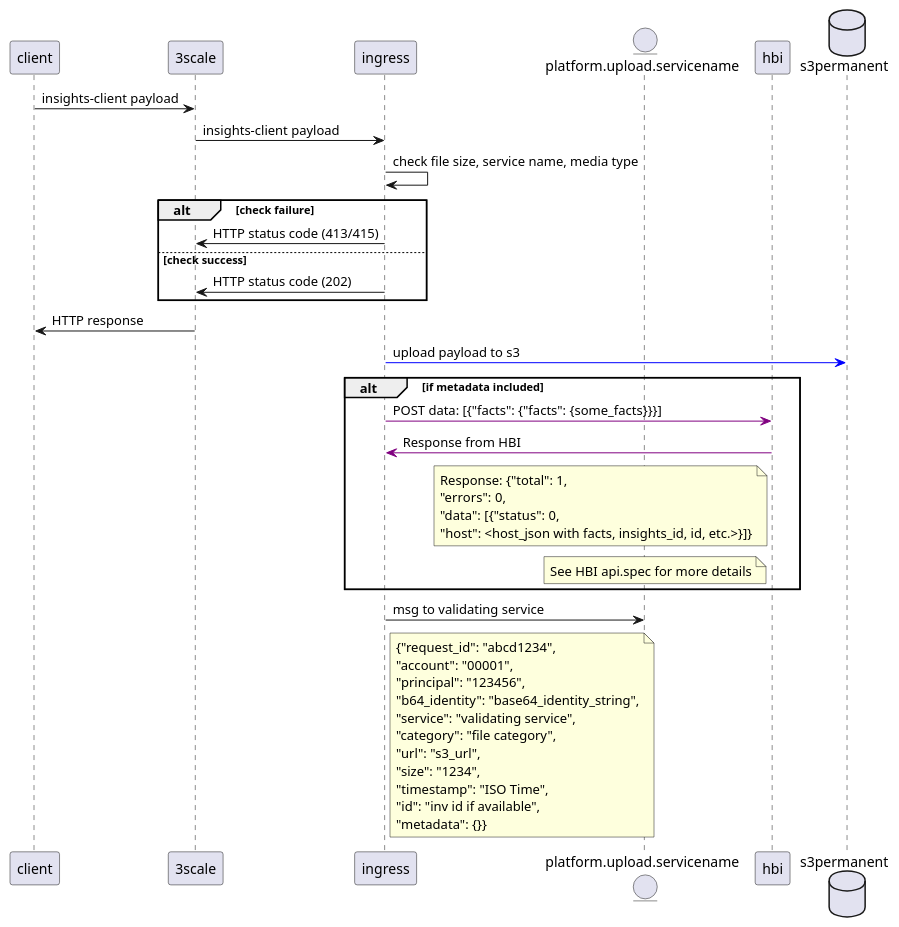
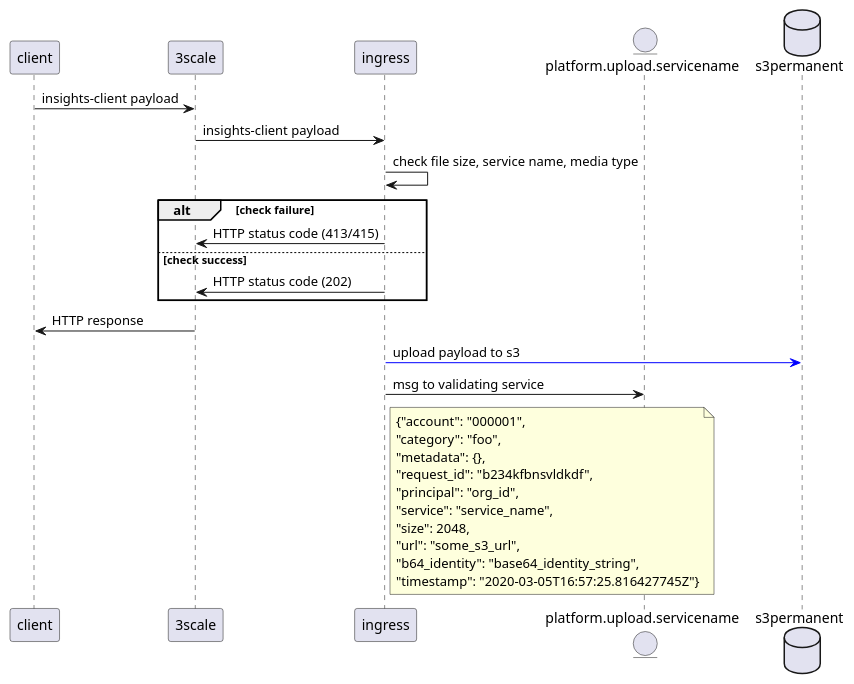
Before and after one commit to RedHatInsights/insights-ingress-go: the diagram in sequence.puml, drawn with PlantUML. The commit also changed 1 other file, not shown here.

Commit message:
Remove the inventory post from the sequence
We'll be removing inventory posts from ingress in an upcoming change.
Removing the feature from the sequence diagram in preparation for this.

```diff
--- a/sequence.puml
+++ b/sequence.puml
@@ -1,26 +1,19 @@
 @startuml ingress
 participant client
 participant 3scale
 participant ingress
 entity platform.upload.servicename
-participant hbi
 database s3permanent
 client->3scale: insights-client payload
 3scale->ingress: insights-client payload
 ingress->ingress: check file size, service name, media type
 alt check failure
     ingress->3scale: HTTP status code (413/415)
 else check success
     ingress->3scale: HTTP status code (202)
 end
 3scale->client: HTTP response
 ingress-[#blue]>s3permanent: upload payload to s3
-alt if metadata included
-    ingress-[#purple]>hbi: POST data: [{"facts": {"facts": {some_facts}}}]
-    hbi-[#purple]>ingress: Response from HBI
-    Note left of hbi: Response: {"total": 1,\n"errors": 0,\n"data": [{"status": 0,\n"host": <host_json with facts, insights_id, id, etc.>}]}
-    Note left of hbi: See HBI api.spec for more details
-end
 ingress->platform.upload.servicename: msg to validating service
-Note right of ingress: {"request_id": "abcd1234",\n"account": "00001",\n"principal": "123456",\n"b64_identity": "base64_identity_string",\n"service": "validating service",\n"category": "file category",\n"url": "s3_url",\n"size": "1234",\n"timestamp": "ISO Time",\n"id": "inv id if available",\n"metadata": {}}
+Note right of ingress: {"account": "000001",\n"category": "foo",\n"metadata": {},\n"request_id": "b234kfbnsvldkdf",\n"principal": "org_id",\n"service": "service_name",\n"size": 2048,\n"url": "some_s3_url",\n"b64_identity": "base64_identity_string",\n"timestamp": "2020-03-05T16:57:25.816427745Z"}
 @enduml
```
